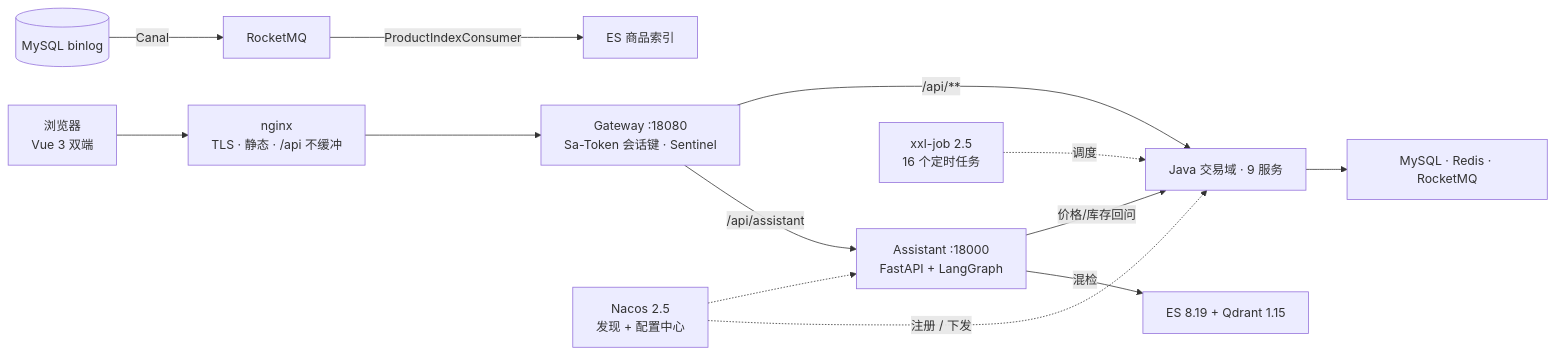
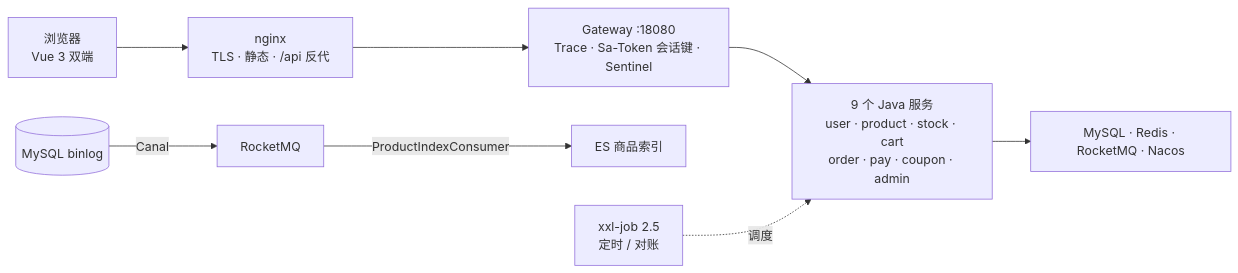
One commit to LittleSongxx/ParingBot changed the diagram in README.md. Above: the diagram before and after it, drawn with Mermaid. The commit also changed other lines of this file and 177 other files, not shown here.

````diff
--- a/README.md
+++ b/README.md
@@ -138,14 +123,9 @@
 ```mermaid
 flowchart LR
-  B["浏览器<br/>Vue 3 双端"] --> N["nginx<br/>TLS · 静态 · /api 不缓冲"]
-  N --> G["Gateway :18080<br/>Sa-Token 会话键 · Sentinel"]
-  G -->|/api/assistant| A["Assistant :18000<br/>FastAPI + LangGraph"]
-  G -->|/api/**| J["Java 交易域 · 9 服务"]
-  A -->|混检| R["ES 8.19 + Qdrant 1.15"]
-  A -->|价格/库存回问| J
-  J --> D["MySQL · Redis · RocketMQ"]
+  B["浏览器<br/>Vue 3 双端"] --> N["nginx<br/>TLS · 静态 · /api 反代"]
+  N --> G["Gateway :18080<br/>Trace · Sa-Token 会话键 · Sentinel"]
+  G --> J["9 个 Java 服务<br/>user · product · stock · cart<br/>order · pay · coupon · admin"]
+  J --> D["MySQL · Redis · RocketMQ · Nacos"]
   M[("MySQL binlog")] -->|Canal| Q["RocketMQ"] -->|ProductIndexConsumer| E["ES 商品索引"]
-  X["xxl-job 2.5<br/>16 个定时任务"] -.->|调度| J
-  C["Nacos 2.5<br/>发现 + 配置中心"] -.->|注册 / 下发| J
-  C -.-> A
+  X["xxl-job 2.5<br/>定时 / 对账"] -.->|调度| J
 ```
````
